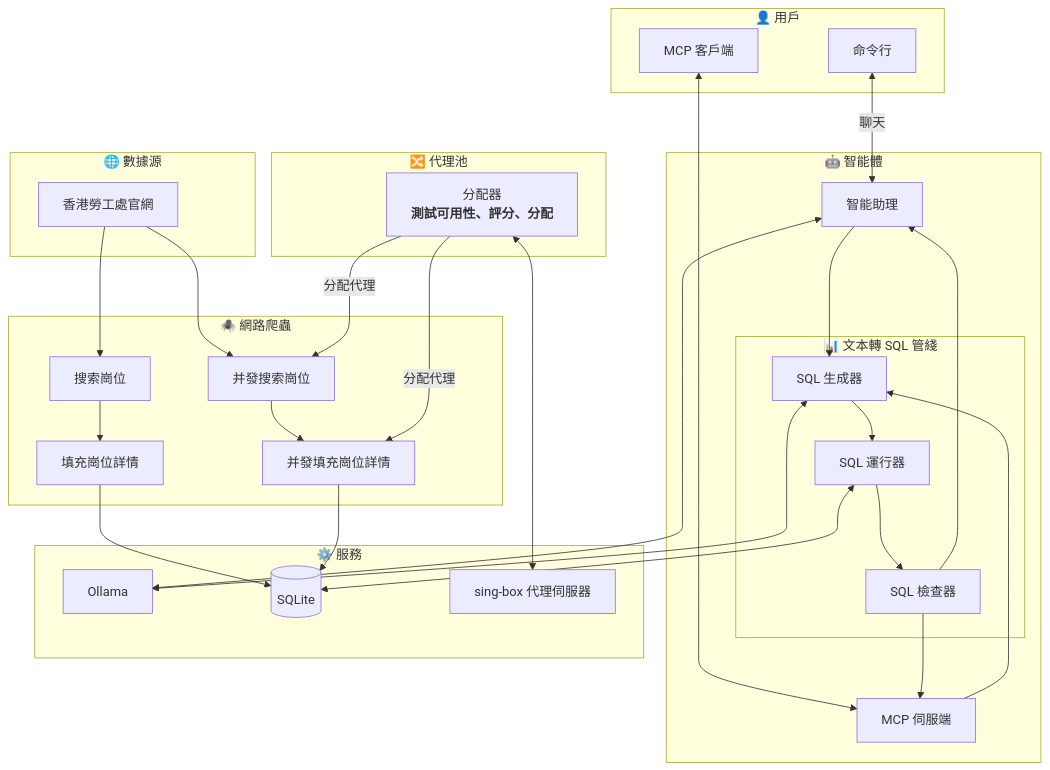
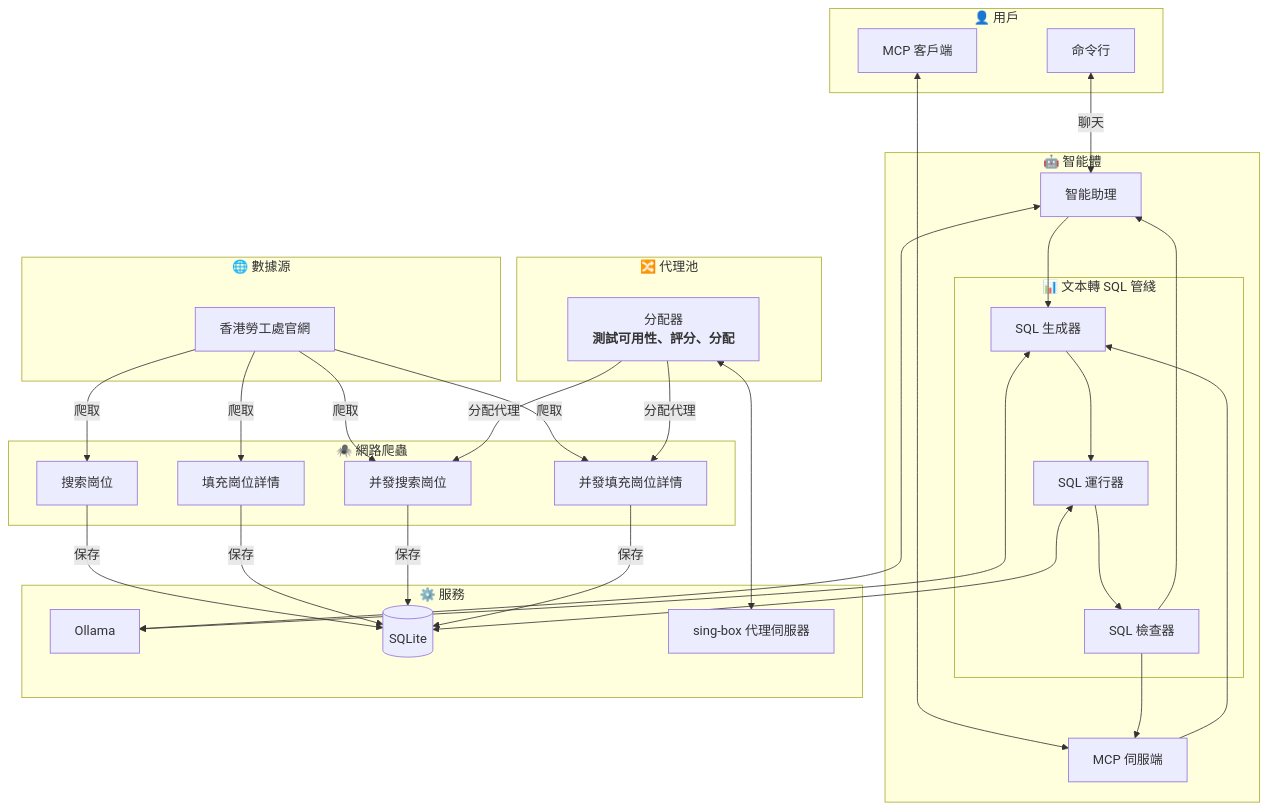
One commit to JJ-Jacko/jobs_hk changed the diagram in README_zh_hk.md. Above: the diagram before and after it, drawn with Mermaid. The commit also changed 2 other files, not shown here.

Commit message:
refactor(README.Sturcture): 4 types web scraper.

````diff
--- a/README_zh_hk.md
+++ b/README_zh_hk.md
@@ -51,70 +51,71 @@
 ```mermaid
 flowchart
     subgraph User["👤 用戶"]
         CLI[命令行]
         MCP_CLIENT[MCP 客戶端]
     end
 
     subgraph Scraper["🕷️ 網路爬蟲"]
         search_job[搜索崗位]
+        fill_job[填充崗位詳情]
         search_job_mt[并發搜索崗位]
-        fill_job[填充崗位詳情]
         fill_job_mt[并發填充崗位詳情]
     end
 
     subgraph ProxyPool["🔀 代理池"]
         assigner[分配器<br><strong>測試可用性、評分、分配<strong/>]
     end
 
     subgraph SQL_pipline["📊 文本轉 SQL 管綫"]
         SQL_generator[SQL 生成器]
         SQL_runner[SQL 運行器]
         SQL_checker[SQL 檢查器]
     end
 
     subgraph AI["🤖 智能體"]
         assistant[智能助理]
         MCP_server[MCP 伺服端]
         SQL_pipline
     end
 
     subgraph Service["⚙️ 服務"]
         Ollama[Ollama]
         SQLite[(SQLite)]
         proxy_server["sing-box 代理伺服器"]
     end
 
     subgraph DataSource["🌐 數據源"]
         web_src[香港勞工處官網]
     end
 
     CLI <-->|聊天| assistant
     MCP_CLIENT <--> MCP_server
 
     assistant <--> Ollama
     assistant --> SQL_generator
 
     MCP_server --> SQL_generator
 
     SQL_generator --> SQL_runner
     SQL_generator <--> Ollama
 
     SQL_runner --> SQL_checker
     SQL_runner <--> SQLite
 
     SQL_checker --> assistant
     SQL_checker --> MCP_server
 
-    web_src --> search_job
-    web_src --> search_job_mt
+    web_src -->|爬取| search_job
+    web_src -->|爬取| fill_job
+    web_src -->|爬取| search_job_mt
+    web_src -->|爬取| fill_job_mt
 
-    search_job --> fill_job
-    search_job_mt --> fill_job_mt
-
-    fill_job --> SQLite
-    fill_job_mt --> SQLite
+    search_job -->|保存| SQLite
+    fill_job -->|保存| SQLite
+    search_job_mt -->|保存| SQLite
+    fill_job_mt -->|保存| SQLite
 
     assigner -->|分配代理| search_job_mt
     assigner -->|分配代理| fill_job_mt
     assigner <--> proxy_server
 ```
````
